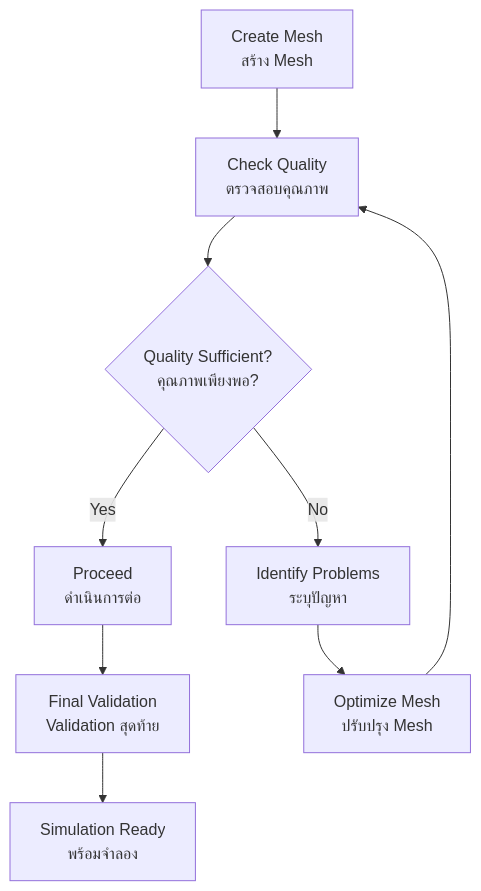
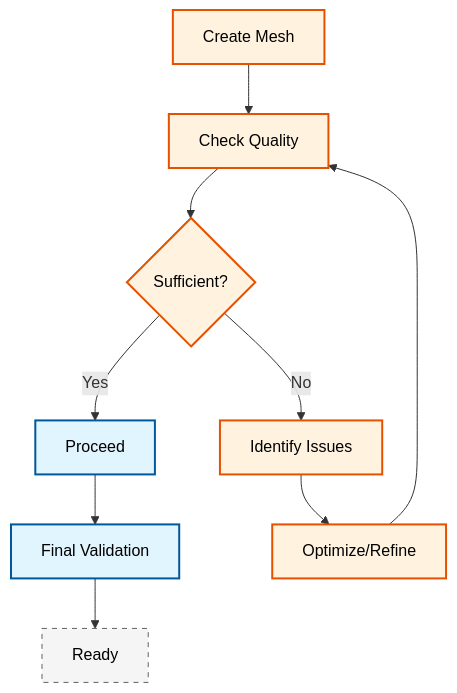
The second of 2 diagrams in MODULE_07_UTILITIES_AUTOMATION/CONTENT/02_MESH_PREPARATION/04_Mesh_Quality_and_Optimization.md (wramet/build-my-cfd), drawn with Mermaid before and after one commit. The commit also changed other lines of this file and 313 other files, not shown here.

Commit message:
Revise all diagram

````diff
--- a/MODULE_07_UTILITIES_AUTOMATION/CONTENT/02_MESH_PREPARATION/04_Mesh_Quality_and_Optimization.md
+++ b/MODULE_07_UTILITIES_AUTOMATION/CONTENT/02_MESH_PREPARATION/04_Mesh_Quality_and_Optimization.md
@@ -1187,12 +1190,14 @@
 ```mermaid
-graph TD
-    A[Create Mesh<br>สร้าง Mesh] --> B[Check Quality<br>ตรวจสอบคุณภาพ]
-    B --> C{Quality Sufficient?<br>คุณภาพเพียงพอ?}
-    C -->|Yes| D[Proceed<br>ดำเนินการต่อ]
-    C -->|No| E[Identify Problems<br>ระบุปัญหา]
-    E --> F[Optimize Mesh<br>ปรับปรุง Mesh]
-    F --> B
-
-    D --> G[Final Validation<br>Validation สุดท้าย]
-    G --> H[Simulation Ready<br>พร้อมจำลอง]
+flowchart TD
+classDef implicit fill:#e1f5fe,stroke:#01579b,stroke-width:2px,color:#000
+classDef explicit fill:#fff3e0,stroke:#e65100,stroke-width:2px,color:#000
+classDef context fill:#f5f5f5,stroke:#616161,stroke-width:1px,color:#000,stroke-dasharray: 5 5
+A[Create Mesh]:::explicit --> B[Check Quality]:::explicit
+B --> C{Sufficient?}:::explicit
+C -->|Yes| D[Proceed]:::implicit
+C -->|No| E[Identify Issues]:::explicit
+E --> F[Optimize/Refine]:::explicit
+F --> B
+D --> G[Final Validation]:::implicit
+G --> H[Ready]:::context
 ```
````
